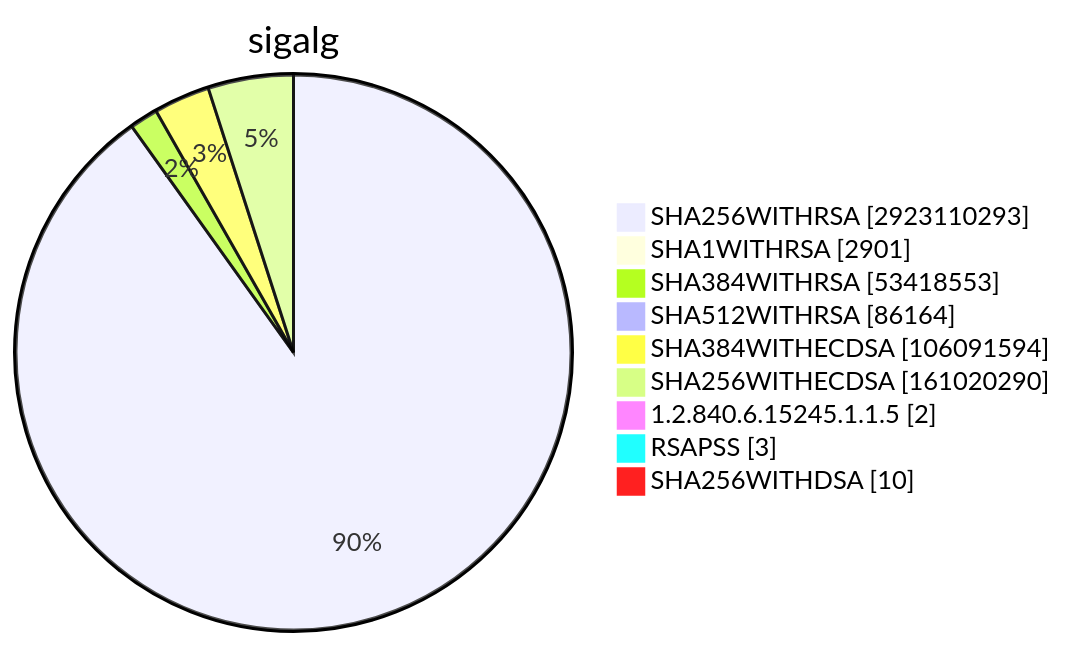
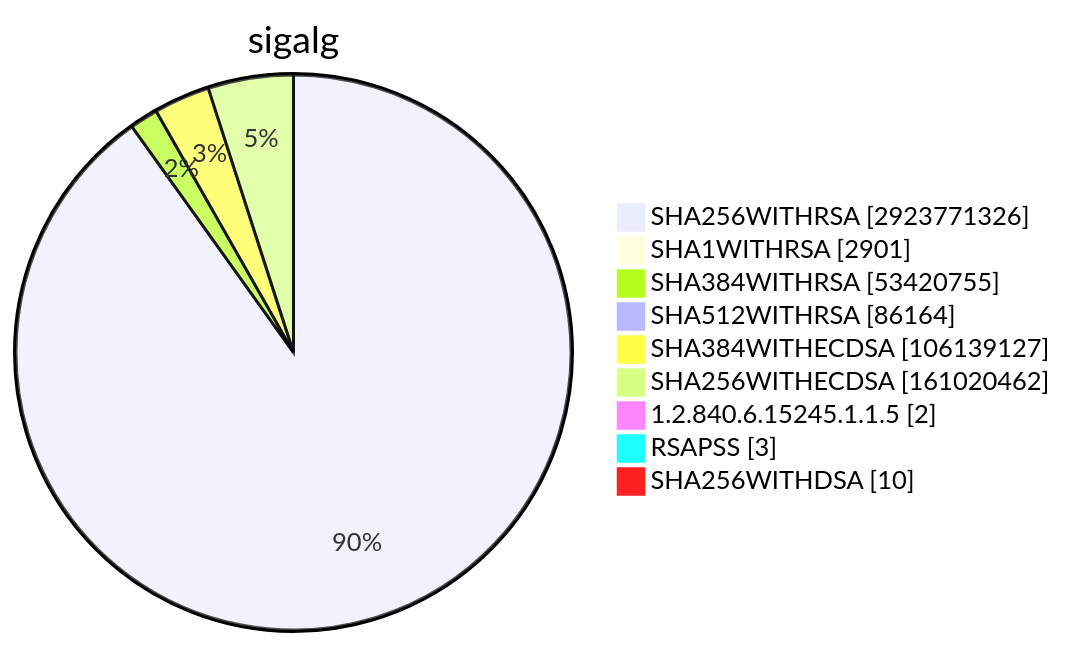
One commit to christiankrug/ctmonitor_visualization changed diagram 15 of 15 in TOTAL/README.md. Above: the diagram before and after it, drawn with Mermaid. The commit also changed other lines of this file, not shown here.

````diff
--- a/TOTAL/README.md
+++ b/TOTAL/README.md
@@ -6207,13 +6207,13 @@
 ```mermaid
 pie showData
 title sigalg
-"SHA256WITHRSA" :2923110293
+"SHA256WITHRSA" :2923771326
 "SHA1WITHRSA" :2901
-"SHA384WITHRSA" :53418553
+"SHA384WITHRSA" :53420755
 "SHA512WITHRSA" :86164
-"SHA384WITHECDSA" :106091594
-"SHA256WITHECDSA" :161020290
+"SHA384WITHECDSA" :106139127
+"SHA256WITHECDSA" :161020462
 "1.2.840.6.15245.1.1.5" :2
 "RSAPSS" :3
 "SHA256WITHDSA" :10
 ```
````
